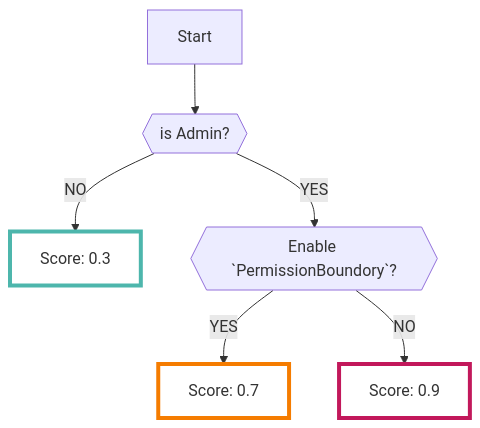
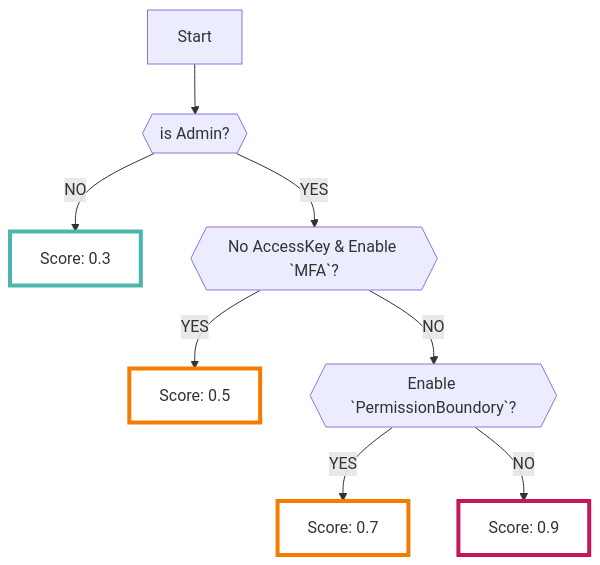
One commit to ca-risken/doc changed the first of 2 diagrams in docs/aws/adminchecker.md. Above: the diagram before and after it, drawn with Mermaid. The commit also changed other lines of this file, not shown here.

````diff
--- a/docs/aws/adminchecker.md
+++ b/docs/aws/adminchecker.md
@@ -60,11 +61,13 @@
 ```mermaid
 graph TD
     A[Start] --> B{{is Admin?}};
     B -->|NO| C[Score: 0.3]:::low;
-    B -->|YES| D{{Enable `PermissionBoundory`?}};
-    D -->|YES| E[Score: 0.7]:::mid;
-    D -->|NO| F[Score: 0.9]:::high;
+    B -->|YES| D{{No AccessKey & Enable `MFA`?}};
+    D -->|YES| E[Score: 0.5]:::mid;
+    D -->|NO| F{{Enable `PermissionBoundory`?}};
+    F -->|YES| G[Score: 0.7]:::mid;
+    F -->|NO| H[Score: 0.9]:::high;
     classDef high fill:#FFFFFF,stroke:#C2185B,stroke-width:4px;
     classDef mid fill:#FFFFFF,stroke:#F57C00,stroke-width:4px;
     classDef low fill:#FFFFFF,stroke:#4DB6AC,stroke-width:4px;
 ```
````
